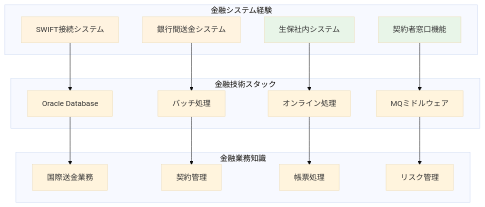
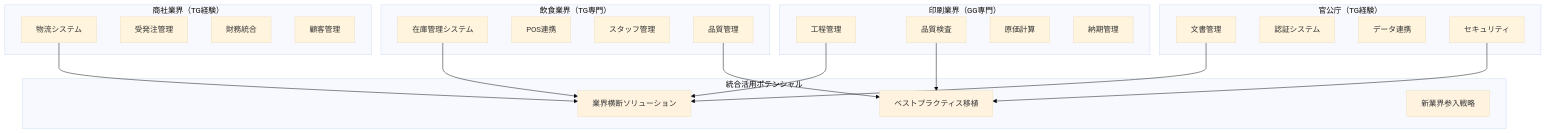
Before and after one commit to MasatakaNakamura/xlsx-data-analyzer: the seventh of 13 diagrams in docs/経歴書サンプル_総合分析レポート.md, drawn with Mermaid (base theme). The commit also changed other lines of this file and 32 other files, not shown here.

````diff
--- a/docs/経歴書サンプル_総合分析レポート.md
+++ b/docs/経歴書サンプル_総合分析レポート.md
@@ -200,38 +188,49 @@
 ```mermaid
 graph TB
-    subgraph "金融システム経験"
-        A[SWIFT接続システム]
-        B[銀行間送金システム]
-        C[生保社内システム]
-        D[契約者窓口機能]
+    subgraph "飲食業界（TG専門）"
+        F1[在庫管理システム]
+        F2[POS連携]
+        F3[スタッフ管理]
+        F4[品質管理]
     end
 
-    subgraph "金融技術スタック"
-        E[Oracle Database]
-        F[バッチ処理]
-        G[オンライン処理]
-        H[MQミドルウェア]
+    subgraph "商社業界（TG経験）"
+        T1[物流システム]
+        T2[受発注管理]
+        T3[財務統合]
+        T4[顧客管理]
     end
 
-    subgraph "金融業務知識"
-        I[国際送金業務]
-        J[契約管理]
-        K[帳票処理]
-        L[リスク管理]
+    subgraph "官公庁（TG経験）"
+        G1[文書管理]
+        G2[認証システム]
+        G3[データ連携]
+        G4[セキュリティ]
     end
 
-    A --> E
-    B --> F
-    C --> G
-    D --> H
+    subgraph "印刷業界（GG専門）"
+        P1[工程管理]
+        P2[品質検査]
+        P3[原価計算]
+        P4[納期管理]
+    end
 
-    E --> I
-    F --> J
-    G --> K
-    H --> L
+    subgraph "統合活用ポテンシャル"
+        I1[業界横断ソリューション]
+        I2[ベストプラクティス移植]
+        I3[新業界参入戦略]
+    end
 
-    style A fill:#fff3e0
-    style B fill:#fff3e0
-    style C fill:#e8f5e8
-    style D fill:#e8f5e8
+    F1 --> I1
+    T1 --> I1
+    G1 --> I1
+    P1 --> I1
+
+    F4 --> I2
+    P2 --> I2
+    G4 --> I2
+
+    style I1 fill:#fff3e0
+    style I2 fill:#fff3e0
+    style I3 fill:#fff3e0
 ```
````
